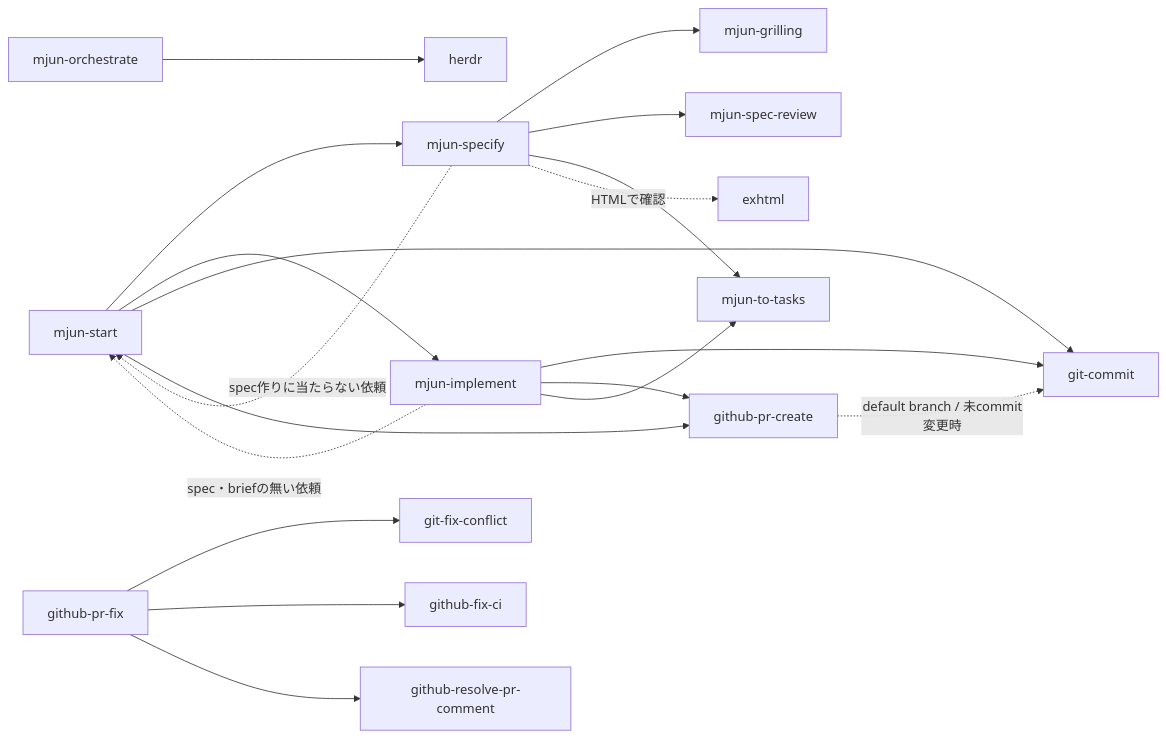
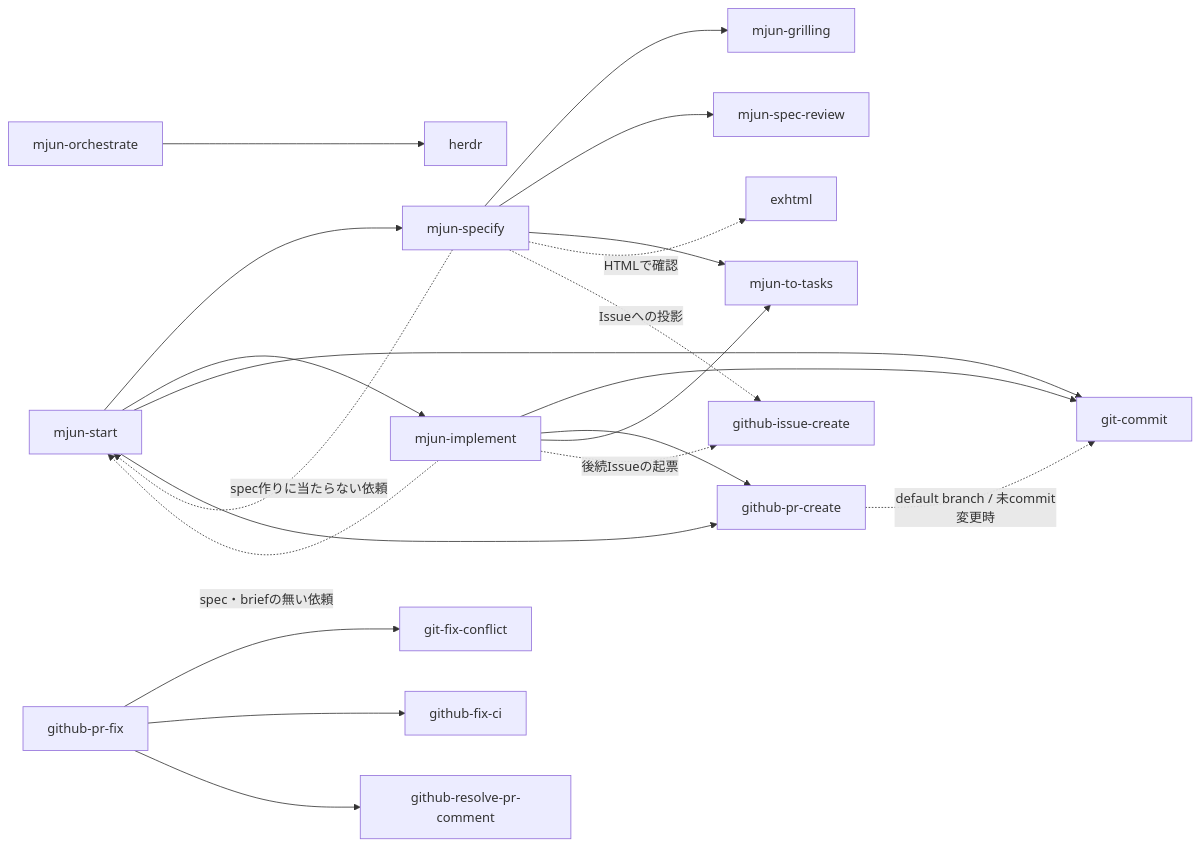
The diagram in doc/skills_ja.md (mjun0812/dotfiles), drawn with Mermaid before and after one commit. The commit also changed other lines of this file and 11 other files, not shown here.

````diff
--- a/doc/skills_ja.md
+++ b/doc/skills_ja.md
@@ -134,26 +134,28 @@
 ```mermaid
 graph LR
     github-pr-create -. default branch / 未commit変更時 .-> git-commit
 
     mjun-start --> mjun-specify
     mjun-start --> mjun-implement
     mjun-start --> git-commit
     mjun-start --> github-pr-create
 
     mjun-specify -. spec作りに当たらない依頼 .-> mjun-start
     mjun-specify --> mjun-grilling
     mjun-specify --> mjun-spec-review
     mjun-specify --> mjun-to-tasks
     mjun-specify -. HTMLで確認 .-> exhtml
+    mjun-specify -. Issueへの投影 .-> github-issue-create
 
     mjun-implement --> git-commit
     mjun-implement --> github-pr-create
     mjun-implement --> mjun-to-tasks
+    mjun-implement -. 後続Issueの起票 .-> github-issue-create
     mjun-implement -. spec・briefの無い依頼 .-> mjun-start
 
     mjun-orchestrate --> herdr
 
     github-pr-fix --> git-fix-conflict
     github-pr-fix --> github-fix-ci
     github-pr-fix --> github-resolve-pr-comment
 ```
````
